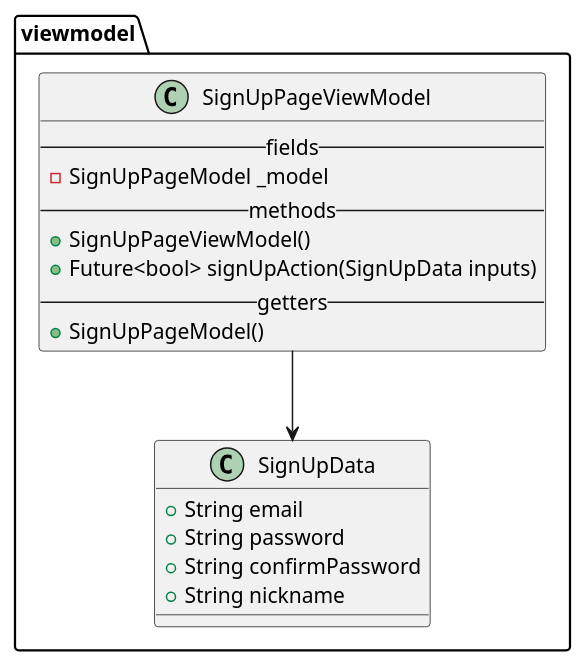
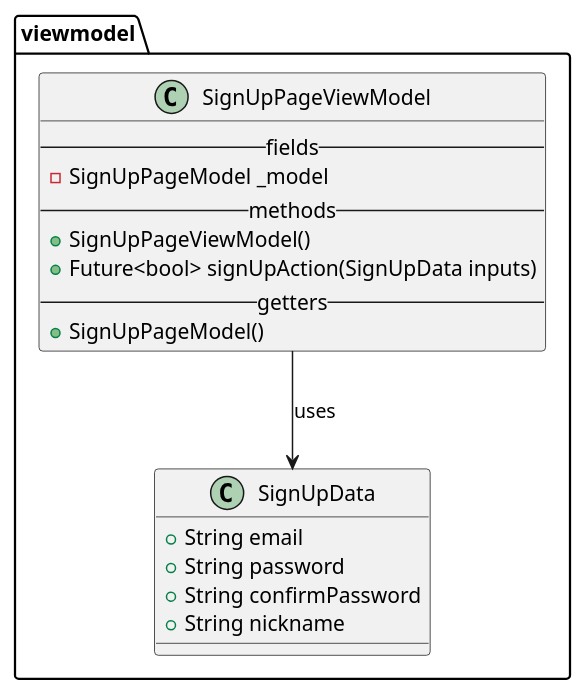
The diagram in doc/diagrams/src/SignUpPageViewModel.md (Partner-SHIP/partnership-app), drawn with PlantUML before and after one commit. The commit also changed 12 other files, not shown here.

Commit message:
PLANT UML UPDATE

````diff
--- a/doc/diagrams/src/SignUpPageViewModel.md
+++ b/doc/diagrams/src/SignUpPageViewModel.md
@@ -1,25 +1,25 @@
 ```plantuml
 @startuml SignUpPageViewModel
 
 package viewmodel {
     class   SignUpData {
         + String email
         + String password
         + String confirmPassword
         + String nickname
     }
     class   SignUpPageViewModel {
         -- fields --
         - SignUpPageModel _model
         -- methods --
         + SignUpPageViewModel()
         + Future<bool> signUpAction(SignUpData inputs)
         -- getters --
         + SignUpPageModel()
     }
 }
 
-SignUpPageViewModel --> SignUpData
+SignUpPageViewModel --> SignUpData : uses
 
 @enduml
 ```
````
